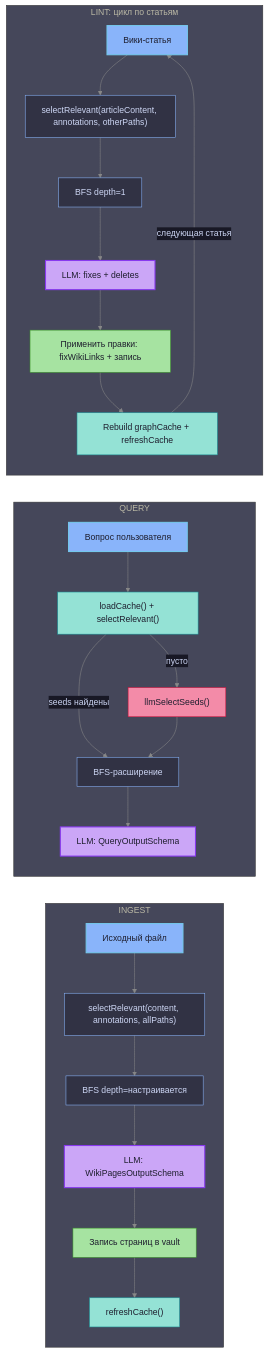
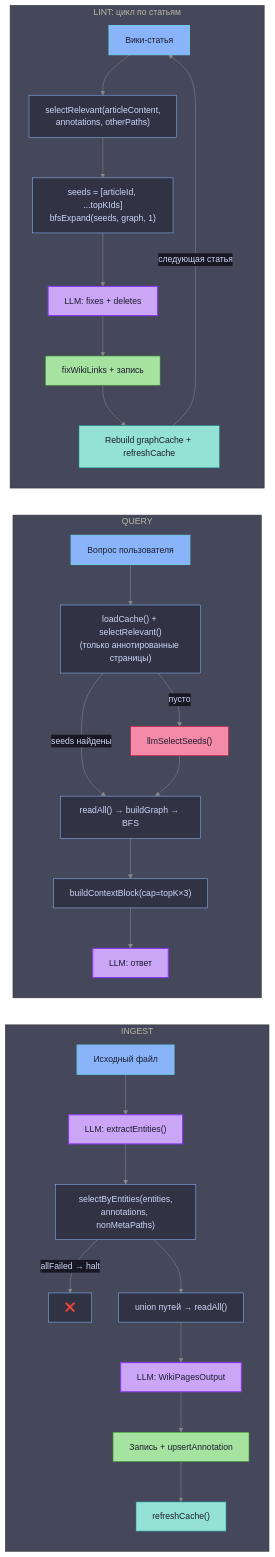
The third of 3 diagrams in docs/article-filtering.md (ikeniborn/obsidian-ai-wiki), drawn with Mermaid before and after one commit. The commit also changed other lines of this file and 8 other files, not shown here.

````diff
--- a/docs/article-filtering.md
+++ b/docs/article-filtering.md
@@ -90,48 +137,51 @@
 ```mermaid
 %%{init: {'theme': 'base', 'themeVariables': {
   'background': '#1e1e2e',
   'primaryColor': '#313244',
   'primaryTextColor': '#cdd6f4',
   'primaryBorderColor': '#89b4fa',
   'lineColor': '#888888',
   'secondaryColor': '#181825',
   'tertiaryColor': '#45475a'
 }}}%%
 flowchart LR
     subgraph ingest_op["INGEST"]
-        I1["Исходный файл"] --> I2["selectRelevant(content, annotations, allPaths)"]
-        I2 --> I3["BFS depth=настраивается"]
-        I3 --> I4["LLM: WikiPagesOutputSchema"]
-        I4 --> I5["Запись страниц в vault"]
-        I5 --> I6["refreshCache()"]
+        I1["Исходный файл"] --> I2["LLM: extractEntities()"]
+        I2 --> I3["selectByEntities(entities,\nannotations, nonMetaPaths)"]
+        I3 -->|"allFailed → halt"| I_ERR["❌"]
+        I3 --> I4["union путей → readAll()"]
+        I4 --> I5["LLM: WikiPagesOutput"]
+        I5 --> I6["Запись + upsertAnnotation"]
+        I6 --> I7["refreshCache()"]
     end
 
     subgraph query_op["QUERY"]
-        Q1["Вопрос пользователя"] --> Q2["loadCache() + selectRelevant()"]
-        Q2 -->|"seeds найдены"| Q3["BFS-расширение"]
+        Q1["Вопрос пользователя"] --> Q2["loadCache() + selectRelevant()\n(только аннотированные страницы)"]
+        Q2 -->|"seeds найдены"| Q3["readAll() → buildGraph → BFS"]
         Q2 -->|"пусто"| Q4["llmSelectSeeds()"]
         Q4 --> Q3
-        Q3 --> Q5["LLM: QueryOutputSchema"]
+        Q3 --> Q5["buildContextBlock(cap=topK×3)"]
+        Q5 --> Q6["LLM: ответ"]
     end
 
     subgraph lint_op["LINT: цикл по статьям"]
-        L1["Вики-статья"] --> L2["selectRelevant(articleContent, annotations, otherPaths)"]
-        L2 --> L3["BFS depth=1"]
+        L1["Вики-статья"] --> L2["selectRelevant(articleContent,\nannotations, otherPaths)"]
+        L2 --> L3["seeds = [articleId, ...topKIds]\nbfsExpand(seeds, graph, 1)"]
         L3 --> L4["LLM: fixes + deletes"]
-        L4 --> L5["Применить правки: fixWikiLinks + запись"]
+        L4 --> L5["fixWikiLinks + запись"]
         L5 --> L6["Rebuild graphCache + refreshCache"]
         L6 -->|"следующая статья"| L1
     end
 
     classDef op_input fill:#89b4fa,color:#1e1e2e,stroke:#74c7ec,stroke-width:2px
     classDef op_llm   fill:#cba6f7,color:#1e1e2e,stroke:#8839ef,stroke-width:2px
     classDef op_write fill:#a6e3a1,color:#1e1e2e,stroke:#40a02b
     classDef op_cache fill:#94e2d5,color:#1e1e2e,stroke:#179299
     classDef op_fb    fill:#f38ba8,color:#1e1e2e,stroke:#d20f39
 
     class I1,Q1,L1 op_input
-    class I4,Q5,L4 op_llm
-    class I5,L5 op_write
-    class I6,L6,Q2 op_cache
+    class I2,I5,Q6,L4 op_llm
+    class I6,L5 op_write
+    class I7,L6 op_cache
     class Q4 op_fb
 ```
````
